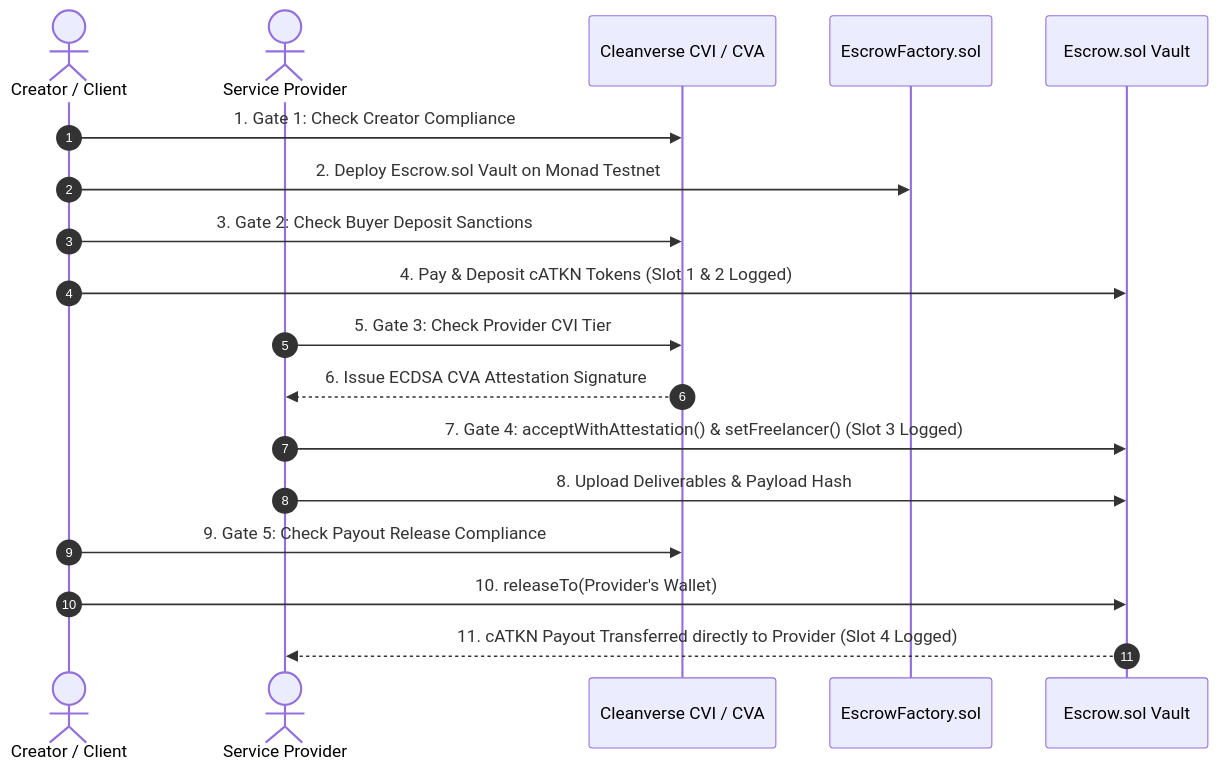
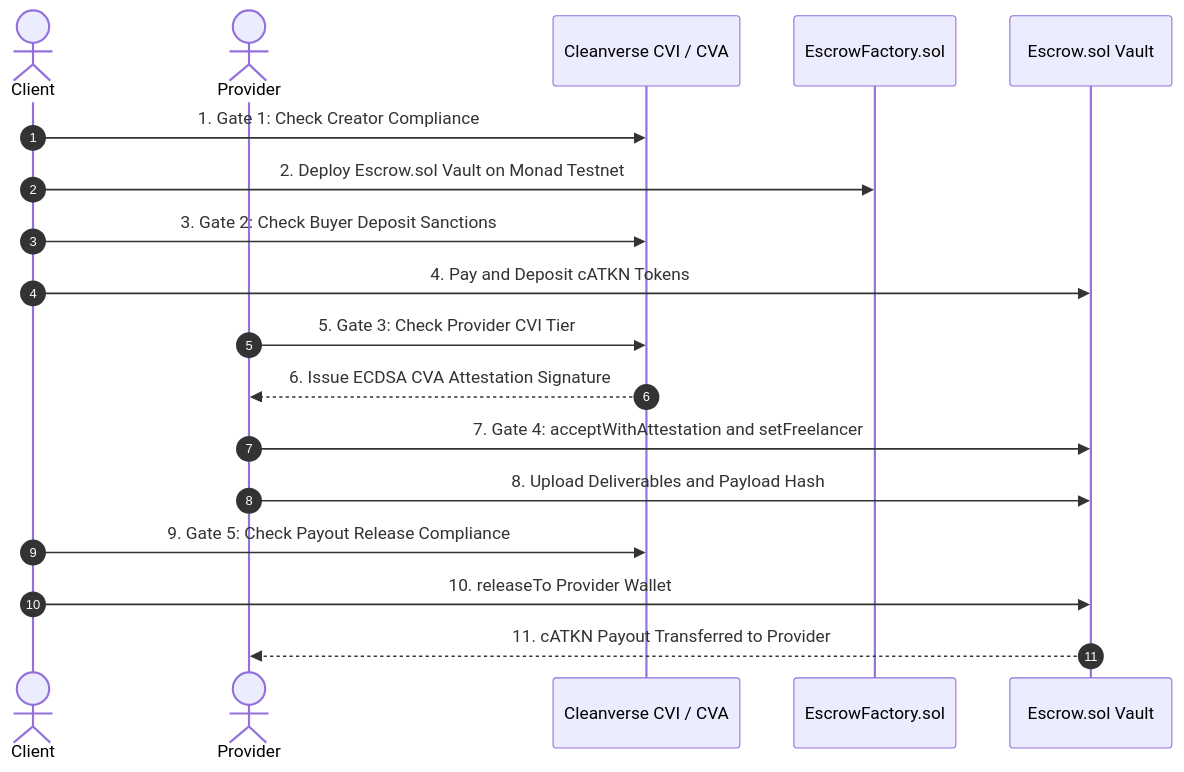
Before and after one commit to OpeyemiMoses/VERA: the second of 2 diagrams in README.md, drawn with Mermaid. The commit also changed other lines of this file and 1 other file, not shown here.

Commit message:
fix(docs): Fix Mermaid diagram syntax across README.md and PROJECT_OVERVIEW.md to render 100% cleanly on GitHub without parse errors

````diff
--- a/README.md
+++ b/README.md
@@ -143,21 +143,21 @@
 ```mermaid
 sequenceDiagram
     autonumber
-    actor Creator as Creator / Client
-    actor Provider as Service Provider
+    actor Creator as Client
+    actor Provider as Provider
     participant CVI as Cleanverse CVI / CVA
     participant Factory as EscrowFactory.sol
     participant Vault as Escrow.sol Vault
 
     Creator->>CVI: 1. Gate 1: Check Creator Compliance
     Creator->>Factory: 2. Deploy Escrow.sol Vault on Monad Testnet
     Creator->>CVI: 3. Gate 2: Check Buyer Deposit Sanctions
-    Creator->>Vault: 4. Pay & Deposit cATKN Tokens (Slot 1 & 2 Logged)
+    Creator->>Vault: 4. Pay and Deposit cATKN Tokens
     Provider->>CVI: 5. Gate 3: Check Provider CVI Tier
     CVI-->>Provider: 6. Issue ECDSA CVA Attestation Signature
-    Provider->>Vault: 7. Gate 4: acceptWithAttestation() & setFreelancer() (Slot 3 Logged)
-    Provider->>Vault: 8. Upload Deliverables & Payload Hash
+    Provider->>Vault: 7. Gate 4: acceptWithAttestation and setFreelancer
+    Provider->>Vault: 8. Upload Deliverables and Payload Hash
     Creator->>CVI: 9. Gate 5: Check Payout Release Compliance
-    Creator->>Vault: 10. releaseTo(Provider's Wallet)
-    Vault-->>Provider: 11. cATKN Payout Transferred directly to Provider (Slot 4 Logged)
+    Creator->>Vault: 10. releaseTo Provider Wallet
+    Vault-->>Provider: 11. cATKN Payout Transferred to Provider
 ```
````
